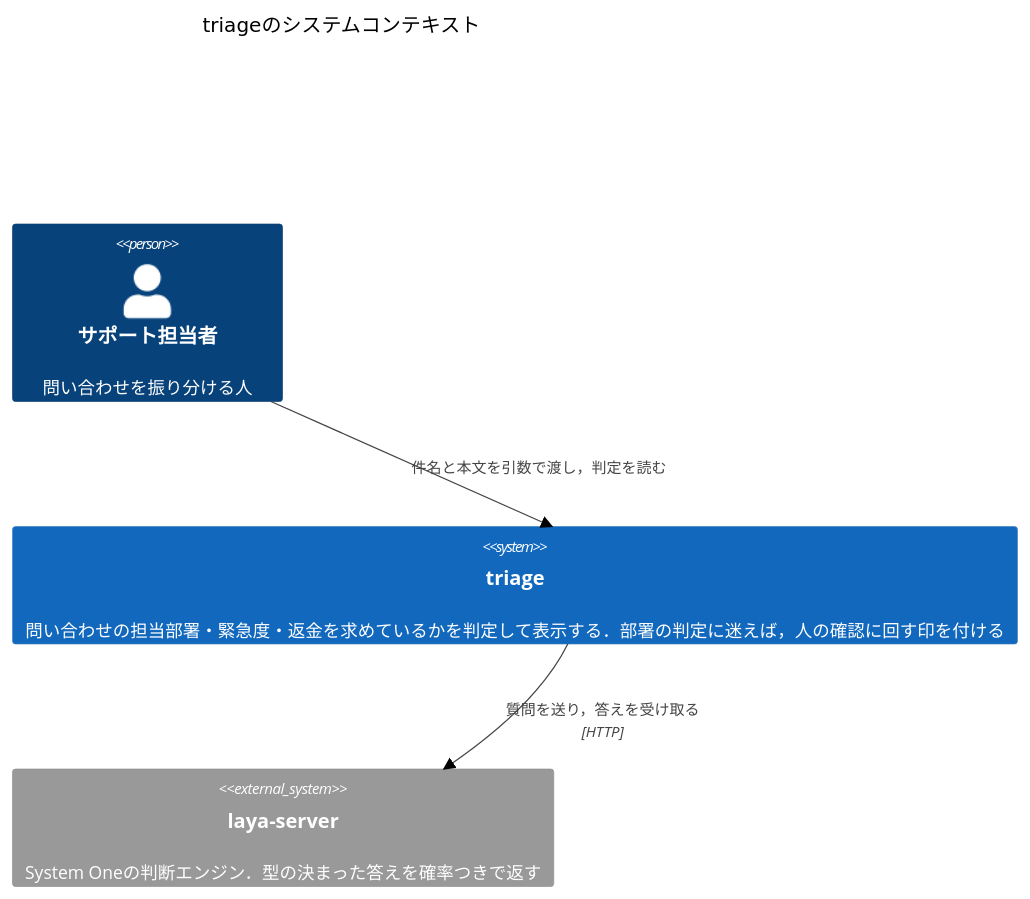
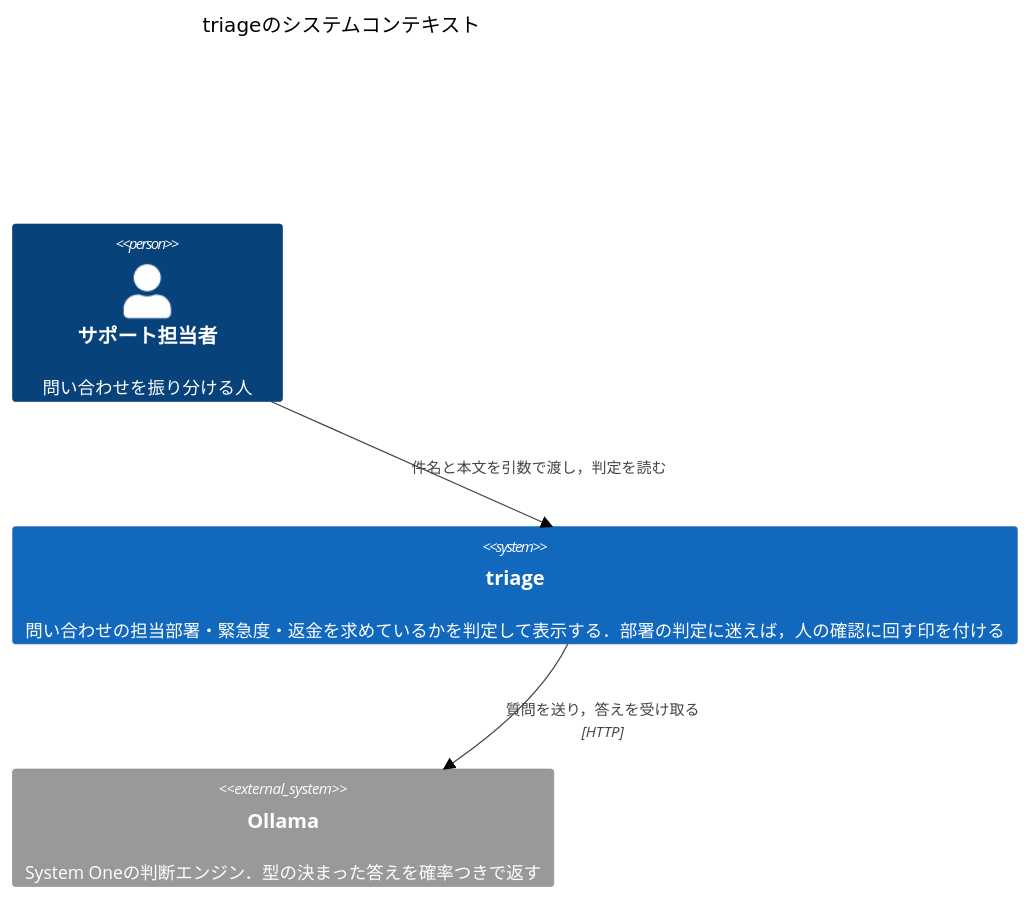
One commit to enunun/systemone-handson changed the diagram in iterations/iteration-5/exercise/design/01-context.md. Above: the diagram before and after it, drawn with Mermaid (neutral theme). The commit also changed 184 other files, not shown here.

````diff
--- a/iterations/iteration-5/exercise/design/01-context.md
+++ b/iterations/iteration-5/exercise/design/01-context.md
@@ -5,9 +5,9 @@
 ```mermaid
 C4Context
   title triageのシステムコンテキスト
   Person(user, "サポート担当者", "問い合わせを振り分ける人")
   System(triage, "triage", "問い合わせの担当部署・緊急度・返金を求めているかを判定して表示する．部署の判定に迷えば，人の確認に回す印を付ける")
-  System_Ext(engine, "laya-server", "System Oneの判断エンジン．型の決まった答えを確率つきで返す")
+  System_Ext(engine, "Ollama", "System Oneの判断エンジン．型の決まった答えを確率つきで返す")
   Rel(user, triage, "件名と本文を引数で渡し，判定を読む")
   Rel(triage, engine, "質問を送り，答えを受け取る", "HTTP")
 ```
````
